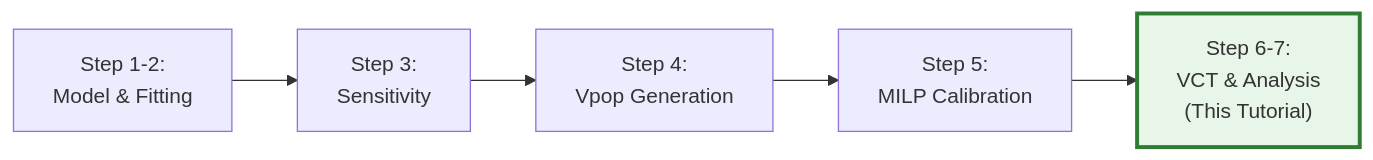
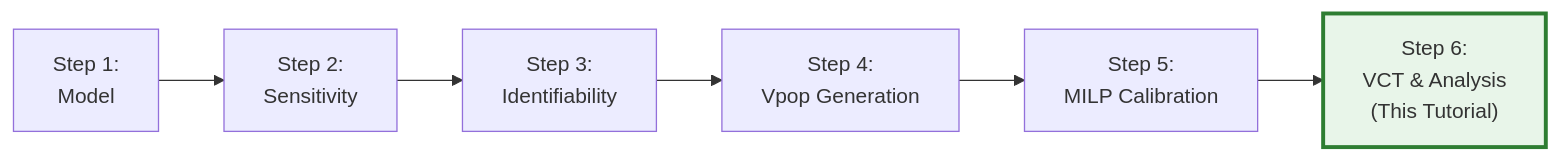
Before and after one commit to PumasAI-Labs/PumasInSilicoClinicalTrials: the diagram in tutorials/tb_06_vct_simulation_tutorial.qmd, drawn with Mermaid. The commit also changed other lines of this file and 7 other files, not shown here.

````diff
--- a/tutorials/tb_06_vct_simulation_tutorial.qmd
+++ b/tutorials/tb_06_vct_simulation_tutorial.qmd
@@ -672,10 +672,11 @@
 ```{mermaid}
 %%| echo: false
 flowchart LR
-    A["Step 1-2:<br/>Model & Fitting"] --> B["Step 3:<br/>Sensitivity"]
-    B --> C["Step 4:<br/>Vpop Generation"]
-    C --> D["Step 5:<br/>MILP Calibration"]
-    D --> E["Step 6-7:<br/>VCT & Analysis<br/>(This Tutorial)"]
+    A["Step 1:<br/>Model"] --> B["Step 2:<br/>Sensitivity"]
+    B --> C["Step 3:<br/>Identifiability"]
+    C --> C2["Step 4:<br/>Vpop Generation"]
+    C2 --> D["Step 5:<br/>MILP Calibration"]
+    D --> E["Step 6:<br/>VCT & Analysis<br/>(This Tutorial)"]
 
     style E fill:#e8f5e9,stroke:#2e7d32,stroke-width:3px
 ```
````
